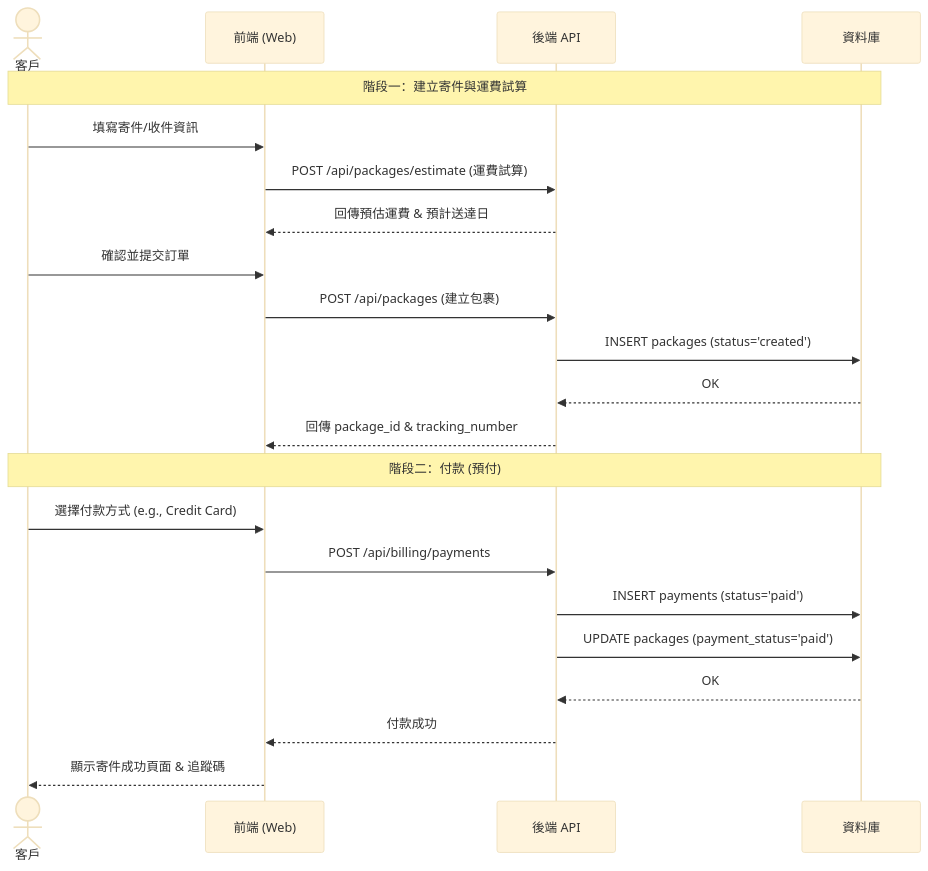
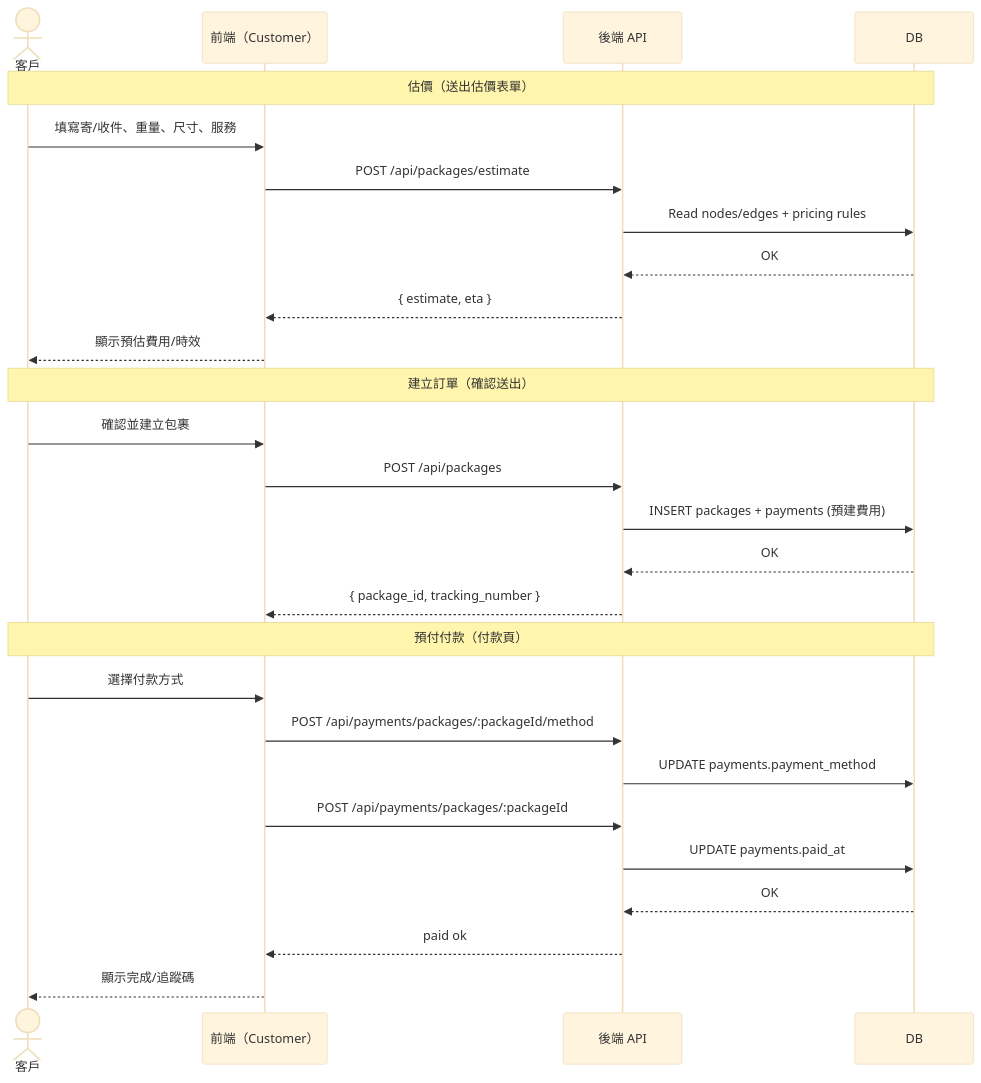
One commit to bowen12274Bot/Logistics_tracking_system changed the first of 6 diagrams in docs/design/sequence-diagrams.md. Above: the diagram before and after it, drawn with Mermaid (base theme). The commit also changed other lines of this file and 70 other files, not shown here.

````diff
--- a/docs/design/sequence-diagrams.md
+++ b/docs/design/sequence-diagrams.md
@@ -9,28 +20,32 @@
 ```mermaid
 sequenceDiagram
-    actor Customer as 客戶
-    participant Frontend as 前端 (Web)
-    participant Backend as 後端 API
-    participant DB as 資料庫
+  actor Customer as 客戶
+  participant UI as 前端（Customer）
+  participant API as 後端 API
+  participant DB as DB
 
-    Note over Customer, DB: 階段一：建立寄件與運費試算
+  Note over Customer,DB: 估價（送出估價表單）
+  Customer->>UI: 填寫寄/收件、重量、尺寸、服務
+  UI->>API: POST /api/packages/estimate
+  API->>DB: Read nodes/edges + pricing rules
+  DB-->>API: OK
+  API-->>UI: { estimate, eta }
+  UI-->>Customer: 顯示預估費用/時效
 
-    Customer->>Frontend: 填寫寄件/收件資訊
-    Frontend->>Backend: POST /api/packages/estimate (運費試算)
-    Backend-->>Frontend: 回傳預估運費 & 預計送達日
-    Customer->>Frontend: 確認並提交訂單
-    Frontend->>Backend: POST /api/packages (建立包裹)
-    Backend->>DB: INSERT packages (status='created')
-    DB-->>Backend: OK
-    Backend-->>Frontend: 回傳 package_id & tracking_number
+  Note over Customer,DB: 建立訂單（確認送出）
+  Customer->>UI: 確認並建立包裹
+  UI->>API: POST /api/packages
+  API->>DB: INSERT packages + payments (預建費用)
+  DB-->>API: OK
+  API-->>UI: { package_id, tracking_number }
 
-    Note over Customer, DB: 階段二：付款 (預付)
-
-    Customer->>Frontend: 選擇付款方式 (e.g., Credit Card)
-    Frontend->>Backend: POST /api/billing/payments
-    Backend->>DB: INSERT payments (status='paid')
-    Backend->>DB: UPDATE packages (payment_status='paid')
-    DB-->>Backend: OK
-    Backend-->>Frontend: 付款成功
-    Frontend-->>Customer: 顯示寄件成功頁面 & 追蹤碼
+  Note over Customer,DB: 預付付款（付款頁）
+  Customer->>UI: 選擇付款方式
+  UI->>API: POST /api/payments/packages/:packageId/method
+  API->>DB: UPDATE payments.payment_method
+  UI->>API: POST /api/payments/packages/:packageId
+  API->>DB: UPDATE payments.paid_at
+  DB-->>API: OK
+  API-->>UI: paid ok
+  UI-->>Customer: 顯示完成/追蹤碼
 ```
````
